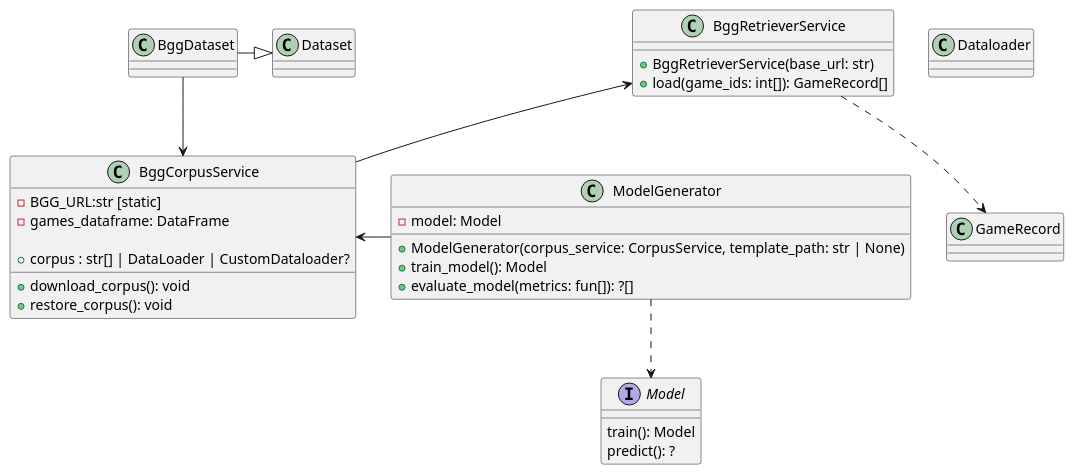
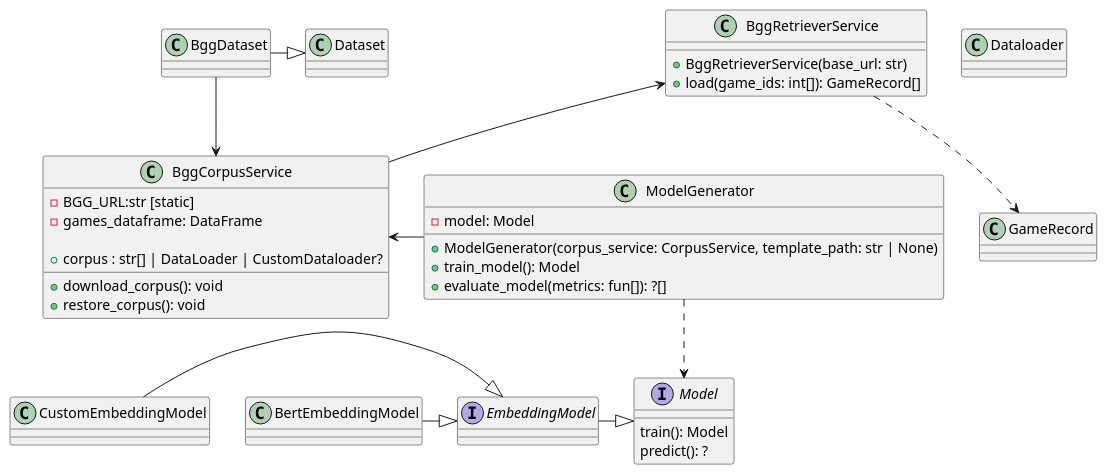
The diagram in project-structure.puml (Ubriacopo/boardgames-aspect-extraction), drawn with PlantUML before and after one commit. The commit also changed 14 other files, not shown here.

```diff
--- a/project-structure.puml
+++ b/project-structure.puml
@@ -1,49 +1,65 @@
 @startuml
 interface Model {
     train(): Model
     predict(): ?
 }
 
 class GameRecord {
 }
 
 class BggRetrieverService {
     + BggRetrieverService(base_url: str)
     + load(game_ids: int[]): GameRecord[]
 }
 
 BggRetrieverService ..> GameRecord
 
 class BggCorpusService {
     - BGG_URL:str [static]
     - games_dataframe: DataFrame
 
     + corpus : str[] | DataLoader | CustomDataloader?
 
     + download_corpus(): void
     + restore_corpus(): void
 
 }
 
 class Dataloader {
 }
 
 BggDataset -|> Dataset
 BggDataset --> BggCorpusService
 
 BggRetrieverService <-- BggCorpusService
 
 
 class ModelGenerator {
     - model: Model
     + ModelGenerator(corpus_service: CorpusService, template_path: str | None)
     + train_model(): Model
     + evaluate_model(metrics: fun[]): ?[]
 }
 
+
 ModelGenerator -> BggCorpusService
 ModelGenerator ..> Model
+
+interface EmbeddingModel {
+}
+
+EmbeddingModel -|> Model
+
+class CustomEmbeddingModel {
+}
+
+CustomEmbeddingModel -|> EmbeddingModel
+
+class BertEmbeddingModel {
+}
+
+BertEmbeddingModel -|> EmbeddingModel
 
 'https://plantuml.com/class-diagram
 
 @enduml
```
